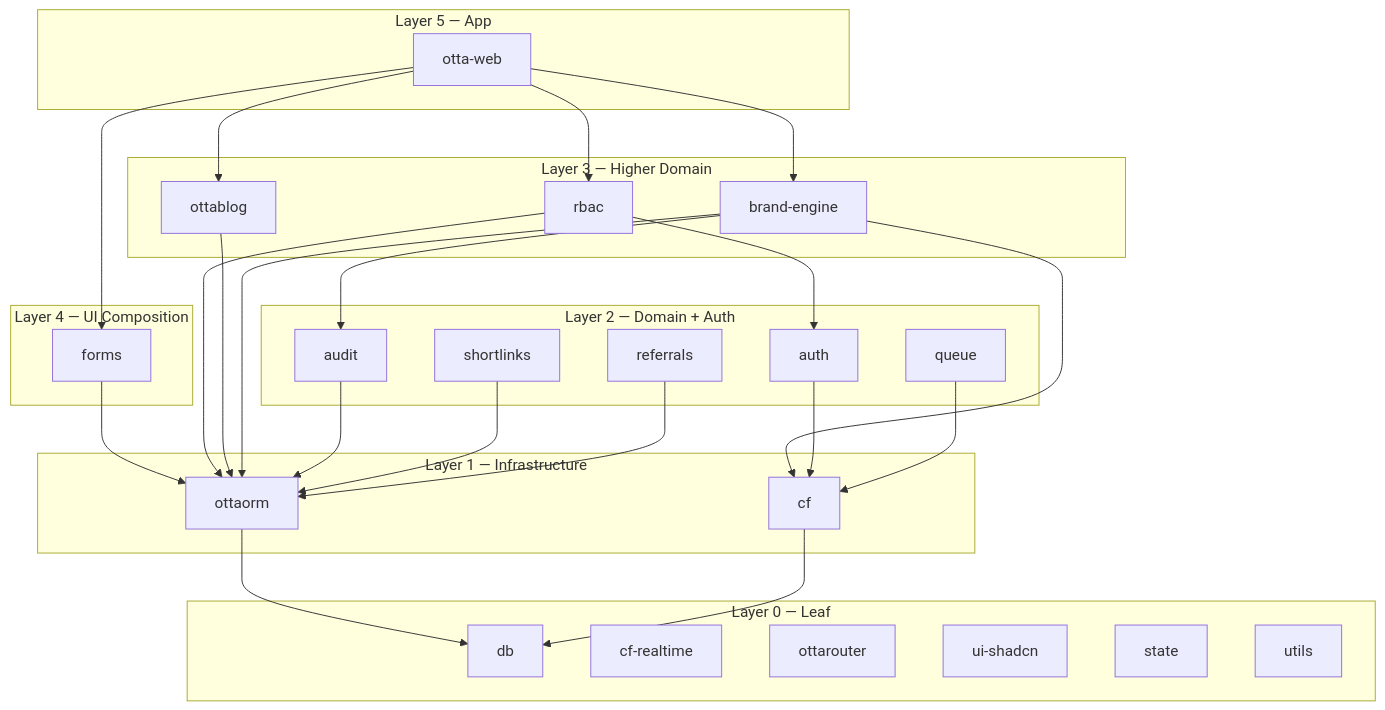
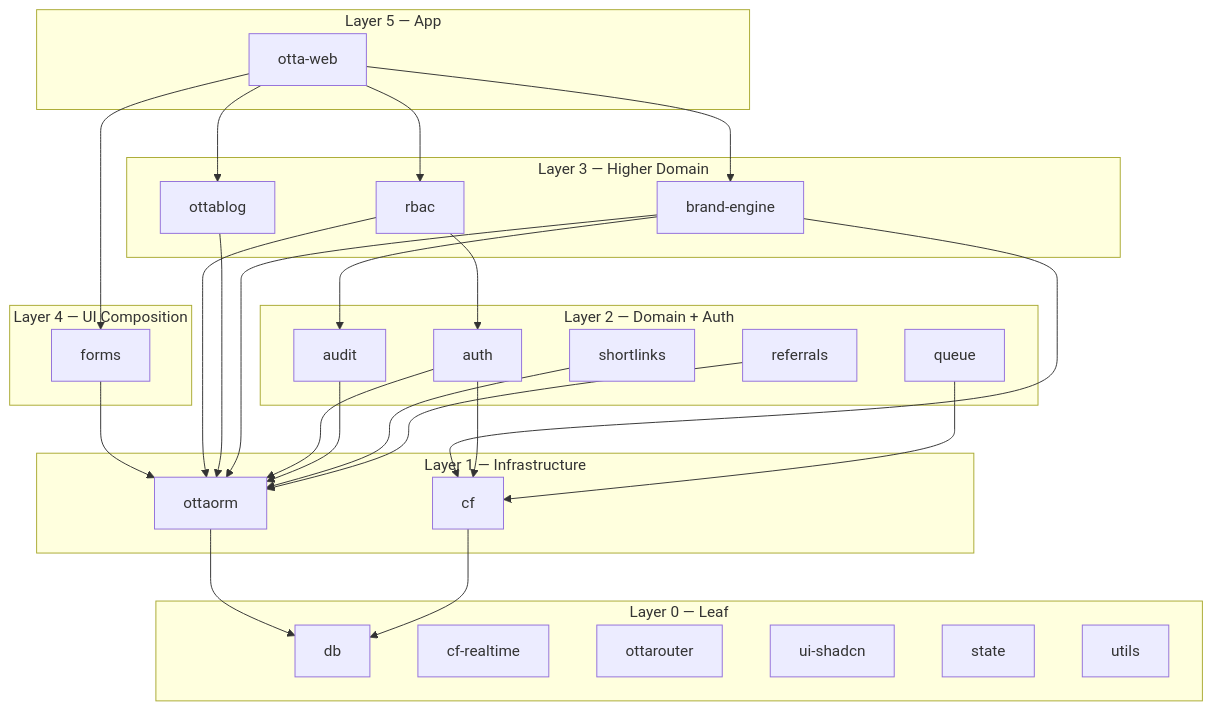
One commit to thinkdj/ottabase changed the second of 13 diagrams in ARCHITECTURE.md. Above: the diagram before and after it, drawn with Mermaid. The commit also changed other lines of this file and 80 other files, not shown here.

````diff
--- a/ARCHITECTURE.md
+++ b/ARCHITECTURE.md
@@ -55,51 +55,51 @@
 ```mermaid
 flowchart TD
     subgraph L5 [Layer 5 — App]
         App["otta-web"]
     end
 
     subgraph L4 [Layer 4 — UI Composition]
         forms
     end
 
     subgraph L3 [Layer 3 — Higher Domain]
         rbac
         ottablog
         brandEngine["brand-engine"]
     end
 
     subgraph L2 [Layer 2 — Domain + Auth]
         auth
         queue
         audit
         shortlinks
         referrals
     end
 
     subgraph L1 [Layer 1 — Infrastructure]
         cf
         ottaorm
     end
 
     subgraph L0 [Layer 0 — Leaf]
         db
         cfRealtime["cf-realtime"]
         ottarouter
         uiShadcn["ui-shadcn"]
         state
         utils
     end
 
     App --> forms & rbac & ottablog & brandEngine
     forms --> ottaorm
     rbac --> ottaorm & auth
     ottablog --> ottaorm
     brandEngine --> ottaorm & cf & audit
-    auth --> cf
+    auth --> cf & ottaorm
     queue --> cf
     audit --> ottaorm
     shortlinks --> ottaorm
     referrals --> ottaorm
     ottaorm --> db
     cf --> db
 ```
````
